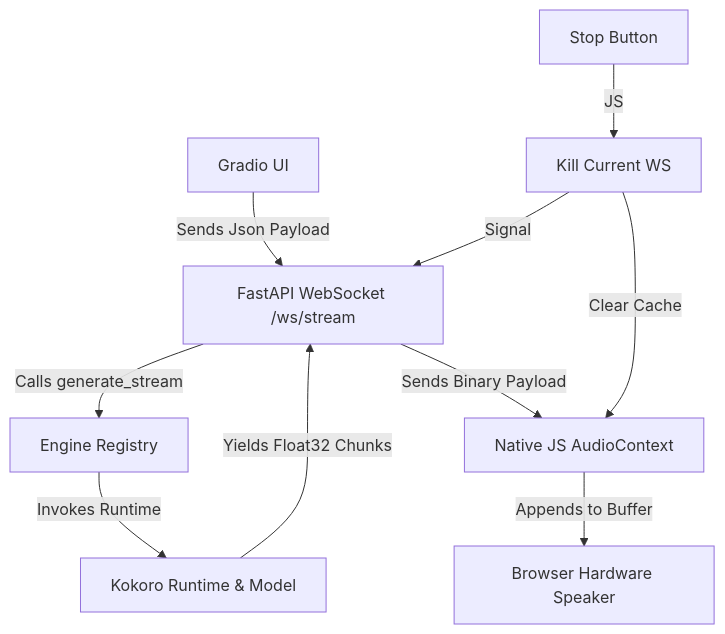
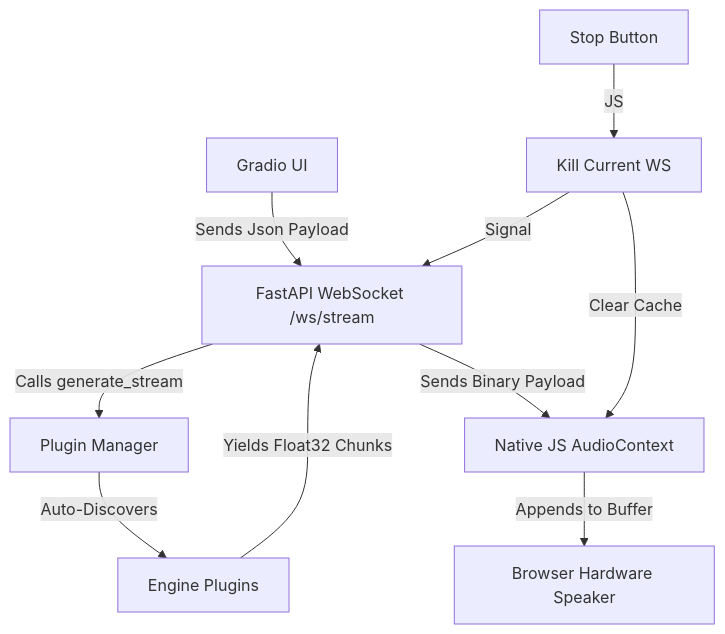
The diagram in docs/architecture.md (a4amk/tts-playground), drawn with Mermaid before and after one commit. The commit also changed other lines of this file and 6 other files, not shown here.

Commit message:
Comprehensive documentation update: Modernized README and architecture docs, created engines guide, and refined setup scripts

````diff
--- a/docs/architecture.md
+++ b/docs/architecture.md
@@ -5,12 +5,12 @@
 ```mermaid
 graph TD
     A[Gradio UI] -->|Sends Json Payload| B[FastAPI WebSocket /ws/stream]
-    B -->|Calls generate_stream| C[Engine Registry]
-    C -->|Invokes Runtime| D[Kokoro Runtime & Model]
+    B -->|Calls generate_stream| C[Plugin Manager]
+    C -->|Auto-Discovers| D[Engine Plugins]
     D -->|Yields Float32 Chunks| B
     B -->|Sends Binary Payload| E[Native JS AudioContext]
     E -->|Appends to Buffer| F[Browser Hardware Speaker]
     G[Stop Button] -->|JS| H[Kill Current WS]
     H -->|Signal| B
     H -->|Clear Cache| E
 ```
````
